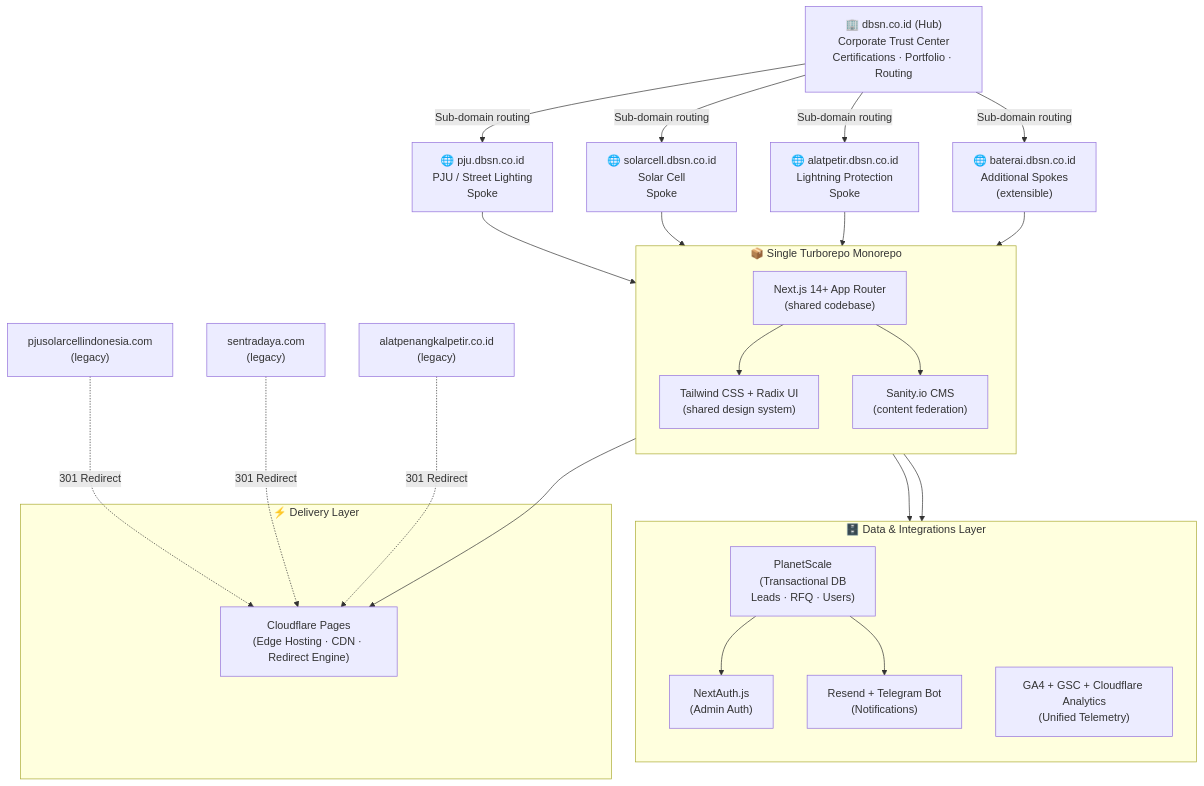
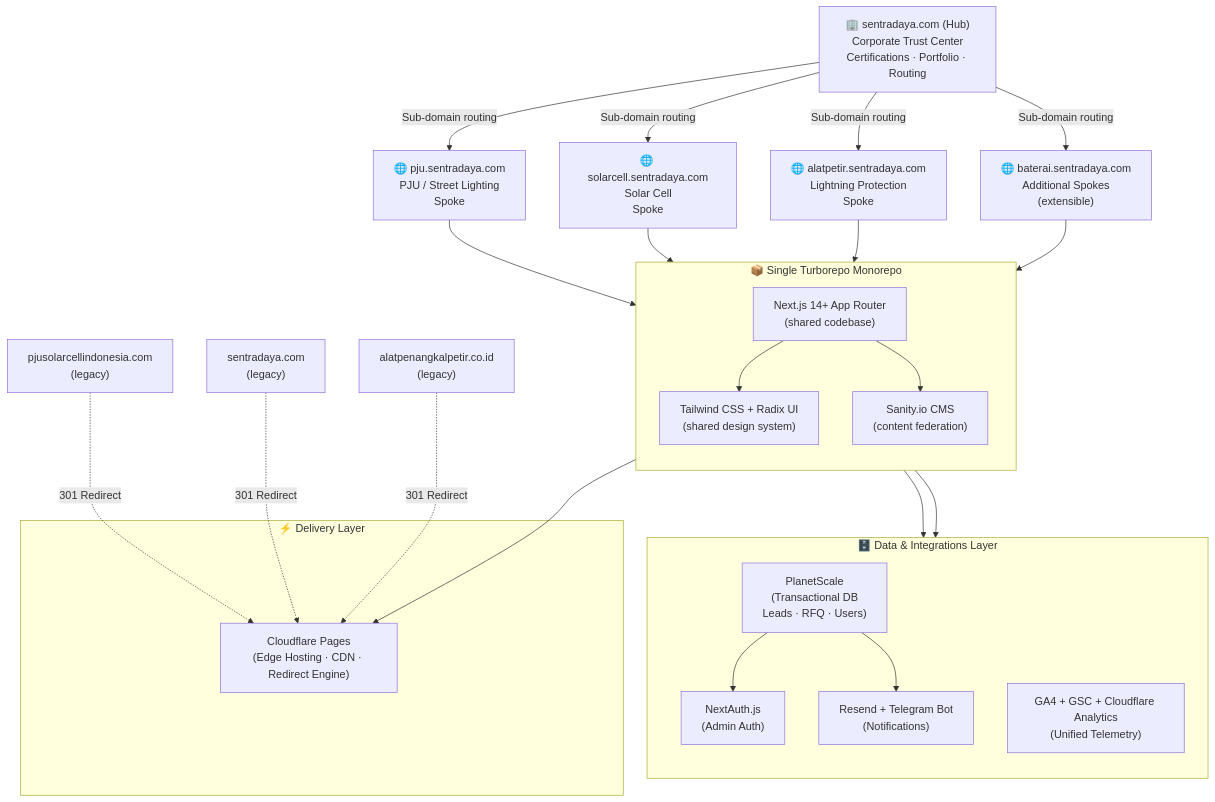
Before and after one commit to pampam666/awesome-website-test: the first of 4 diagrams in prd-v2.md, drawn with Mermaid. The commit also changed other lines of this file, not shown here.

Commit message:
Update sub-domain references in PRD to reflect new domain structure

````diff
--- a/prd-v2.md
+++ b/prd-v2.md
@@ -79,41 +79,41 @@
 ```mermaid
 graph TD
-    Root["🏢 dbsn.co.id (Hub)\nCorporate Trust Center\nCertifications · Portfolio · Routing"]
+    Root["🏢 sentradaya.com (Hub)\nCorporate Trust Center\nCertifications · Portfolio · Routing"]
 
-    Root -->|"Sub-domain routing"| S1["🌐 pju.dbsn.co.id\nPJU / Street Lighting\nSpoke"]
-    Root -->|"Sub-domain routing"| S2["🌐 solarcell.dbsn.co.id\nSolar Cell\nSpoke"]
-    Root -->|"Sub-domain routing"| S3["🌐 alatpetir.dbsn.co.id\nLightning Protection\nSpoke"]
-    Root -->|"Sub-domain routing"| SN["🌐 baterai.dbsn.co.id\nAdditional Spokes\n(extensible)"]
+    Root -->|"Sub-domain routing"| S1["🌐 pju.sentradaya.com\nPJU / Street Lighting\nSpoke"]
+    Root -->|"Sub-domain routing"| S2["🌐 solarcell.sentradaya.com\nSolar Cell\nSpoke"]
+    Root -->|"Sub-domain routing"| S3["🌐 alatpetir.sentradaya.com\nLightning Protection\nSpoke"]
+    Root -->|"Sub-domain routing"| SN["🌐 baterai.sentradaya.com\nAdditional Spokes\n(extensible)"]
 
     subgraph Monorepo ["📦 Single Turborepo Monorepo"]
         direction TB
         NextJS["Next.js 14+ App Router\n(shared codebase)"]
         DesignSystem["Tailwind CSS + Radix UI\n(shared design system)"]
         SanityFed["Sanity.io CMS\n(content federation)"]
     end
 
     subgraph DataLayer ["🗄️ Data & Integrations Layer"]
         direction TB
         PS["PlanetScale\n(Transactional DB\nLeads · RFQ · Users)"]
         Auth["NextAuth.js\n(Admin Auth)"]
         Notif["Resend + Telegram Bot\n(Notifications)"]
         GA["GA4 + GSC + Cloudflare Analytics\n(Unified Telemetry)"]
     end
 
     subgraph EdgeLayer ["⚡ Delivery Layer"]
         CF["Cloudflare Pages\n(Edge Hosting · CDN · Redirect Engine)"]
     end
 
     S1 & S2 & S3 & SN --> NextJS
     NextJS --> DesignSystem
     NextJS --> SanityFed
     NextJS --> PS
     PS --> Auth
     PS --> Notif
     NextJS --> GA
     NextJS --> CF
 
     Legacy1["pjusolarcellindonesia.com\n(legacy)"] -.->|"301 Redirect"| CF
     Legacy2["sentradaya.com\n(legacy)"] -.->|"301 Redirect"| CF
     Legacy3["alatpenangkalpetir.co.id\n(legacy)"] -.->|"301 Redirect"| CF
 ```
````
